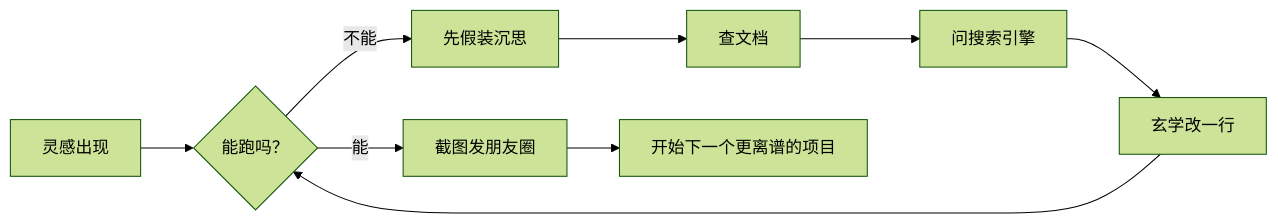
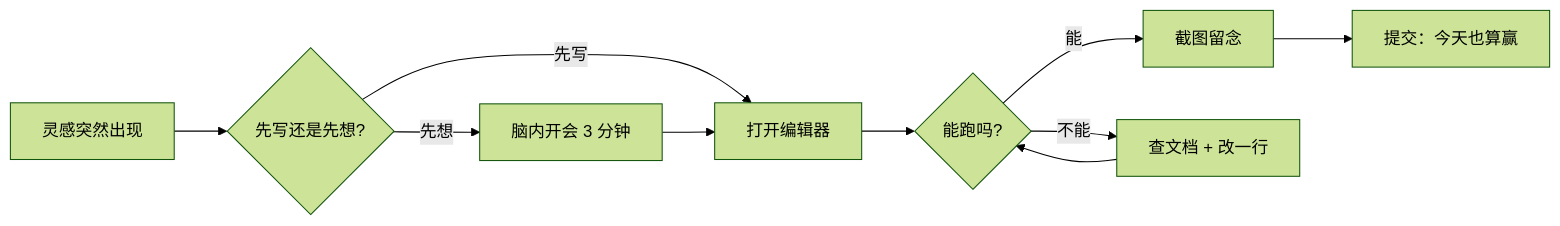
One commit to MuY-DG/MuY-DG changed the second of 3 diagrams in README.md. Above: the diagram before and after it, drawn with Mermaid (forest theme). The commit also changed other lines of this file, not shown here.

````diff
--- a/README.md
+++ b/README.md
@@ -87,11 +70,12 @@
 ```mermaid
 flowchart LR
-  A["灵感出现"] --> B{"能跑吗？"}
-  B -- "能" --> C["截图发朋友圈"]
-  B -- "不能" --> D["先假装沉思"]
-  D --> E["查文档"]
-  E --> F["问搜索引擎"]
-  F --> G["玄学改一行"]
-  G --> B
-  C --> H["开始下一个更离谱的项目"]
+  A["灵感突然出现"] --> B{"先写还是先想?"}
+  B -->|"先写"| C["打开编辑器"]
+  B -->|"先想"| D["脑内开会 3 分钟"]
+  D --> C
+  C --> E{"能跑吗?"}
+  E -->|"能"| F["截图留念"]
+  E -->|"不能"| G["查文档 + 改一行"]
+  G --> E
+  F --> H["提交：今天也算赢"]
 ```
````
